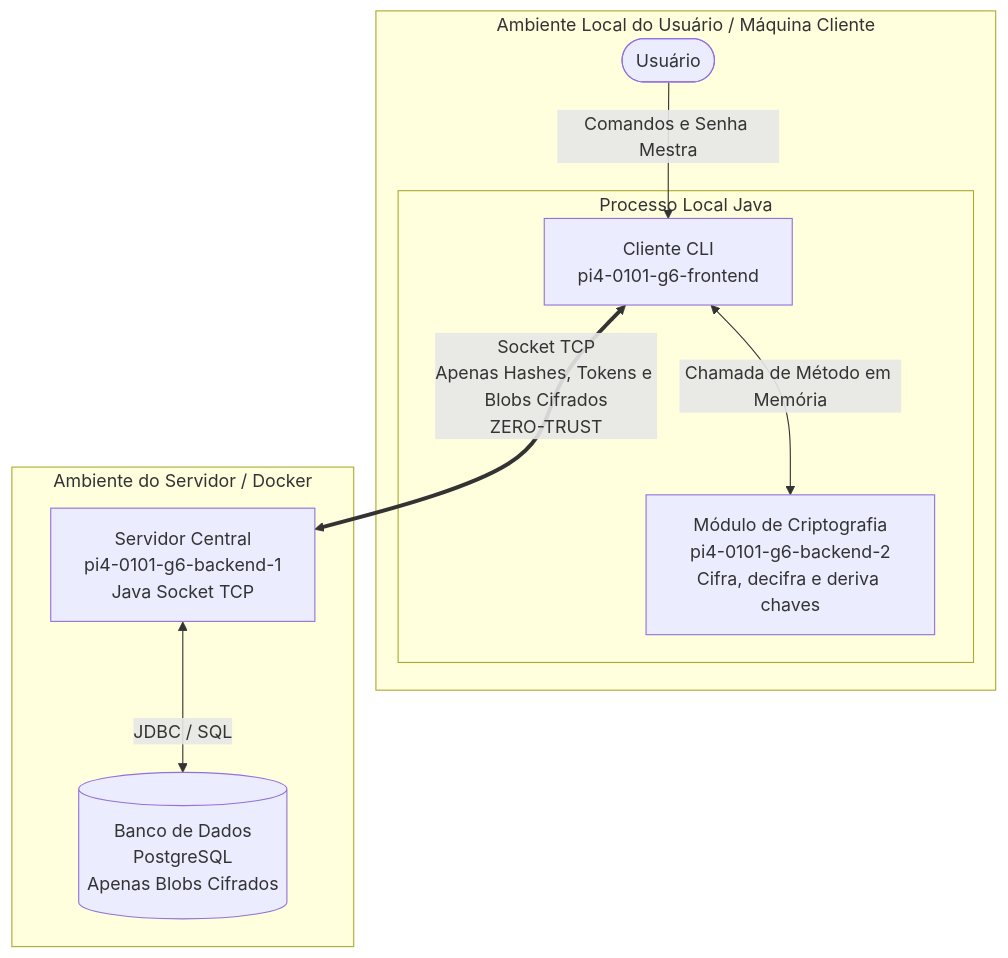
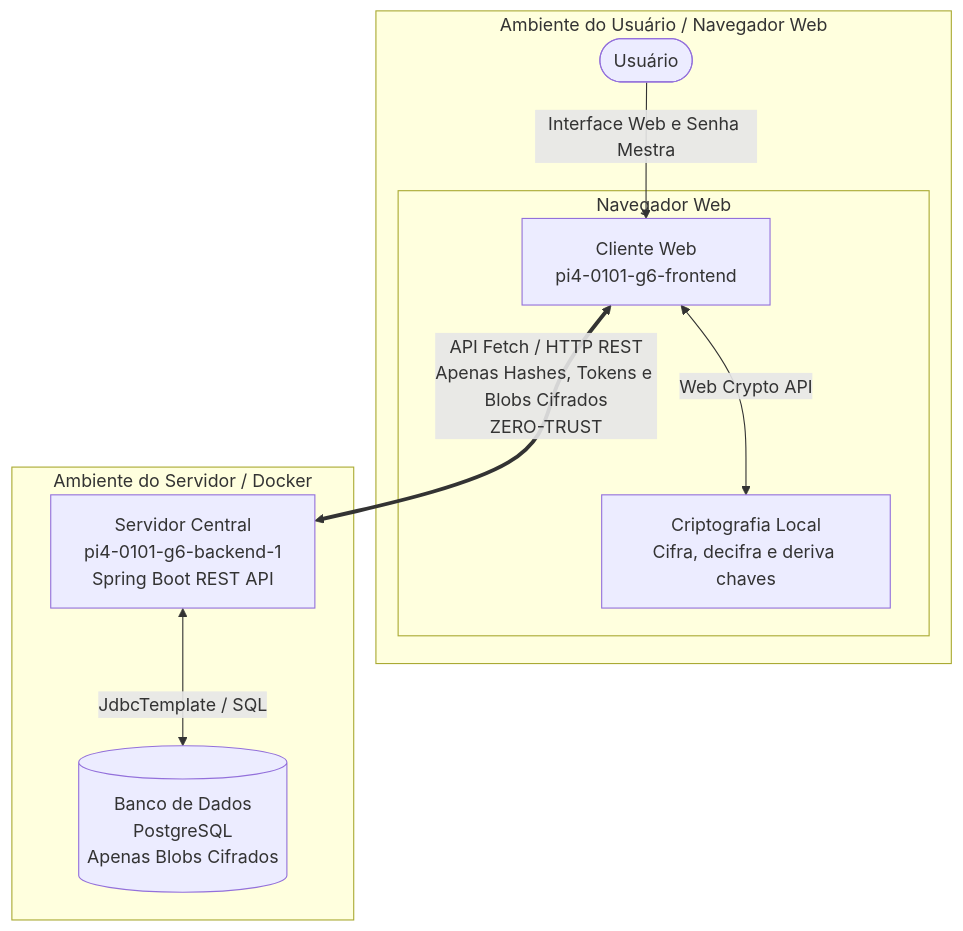
The diagram in docs/fluxos/VisaoGeral.md (egili/pi4-0101-g6-frontend), drawn with Mermaid before and after one commit. The commit also changed other lines of this file and 11 other files, not shown here.

Commit message:
fix(cliente): remove referencias a CLI e consolida front-end web com API e cifragem local (refs #834, TASK H05.3)

````diff
--- a/docs/fluxos/VisaoGeral.md
+++ b/docs/fluxos/VisaoGeral.md
@@ -32,17 +32,17 @@
 ```mermaid
 flowchart TD
-    subgraph HostCliente [Ambiente Local do Usuário / Máquina Cliente]
-        U([Usuário]) -->|Comandos e Senha Mestra| CLI[Cliente CLI<br>pi4-0101-g6-frontend]
-        subgraph ProcessoCliente [Processo Local Java]
-            CLI <-->|Chamada de Método em Memória| CM[Módulo de Criptografia<br>pi4-0101-g6-backend-2<br>Cifra, decifra e deriva chaves]
+    subgraph HostCliente [Ambiente do Usuário / Navegador Web]
+        U([Usuário]) -->|Interface Web e Senha Mestra| WEB[Cliente Web<br>pi4-0101-g6-frontend]
+        subgraph ExecucaoNavegador [Navegador Web]
+            WEB <-->|Web Crypto API| CM[Criptografia Local<br>Cifra, decifra e deriva chaves]
         end
     end
 
     subgraph HostServidor [Ambiente do Servidor / Docker]
-        S[Servidor Central<br>pi4-0101-g6-backend-1<br>Java Socket TCP]
+        S[Servidor Central<br>pi4-0101-g6-backend-1<br>Spring Boot REST API]
         DB[(Banco de Dados<br>PostgreSQL<br>Apenas Blobs Cifrados)]
-        S <-->|JDBC / SQL| DB
+        S <-->|JdbcTemplate / SQL| DB
     end
 
-    CLI <==>|Socket TCP<br>Apenas Hashes, Tokens e Blobs Cifrados<br>ZERO-TRUST| S
+    WEB <==>|API Fetch / HTTP REST<br>Apenas Hashes, Tokens e Blobs Cifrados<br>ZERO-TRUST| S
 ```
````
